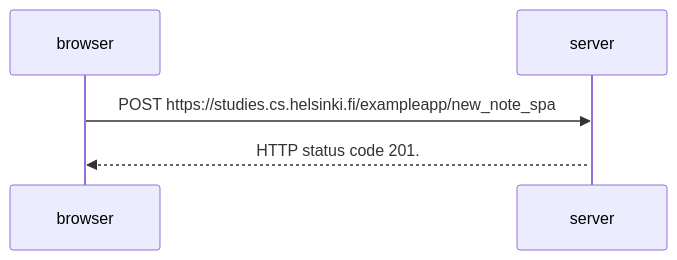
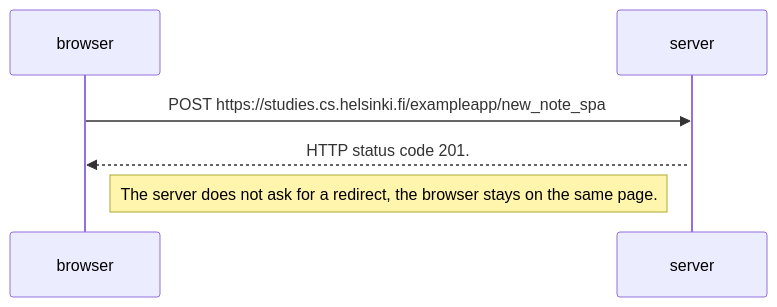
Before and after one commit to WilczynskiMikolaj/fullstackopen: the diagram in part0/part0.6.md, drawn with Mermaid.

Commit message:
Part 0.6

````diff
--- a/part0/part0.6.md
+++ b/part0/part0.6.md
@@ -1,9 +1,10 @@
 ```mermaid
 sequenceDiagram
     participant browser
     participant server
 
     browser->>server: POST https://studies.cs.helsinki.fi/exampleapp/new_note_spa
     activate server
-    server-->>browser: HTTP status code 201. 
+    server-->>browser: HTTP status code 201.
+    Note left of server: The server does not ask for a redirect, the browser stays on the same page.
 ```
````
